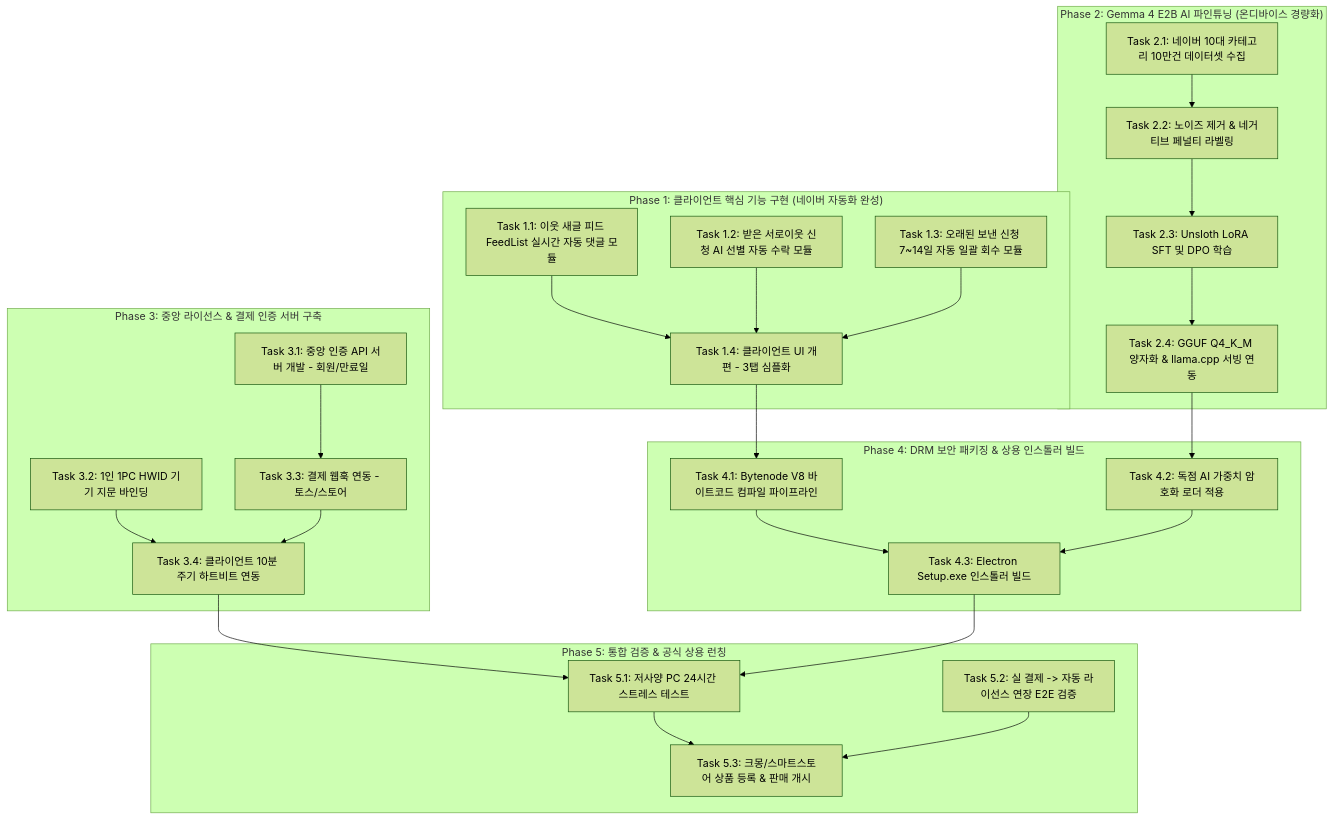
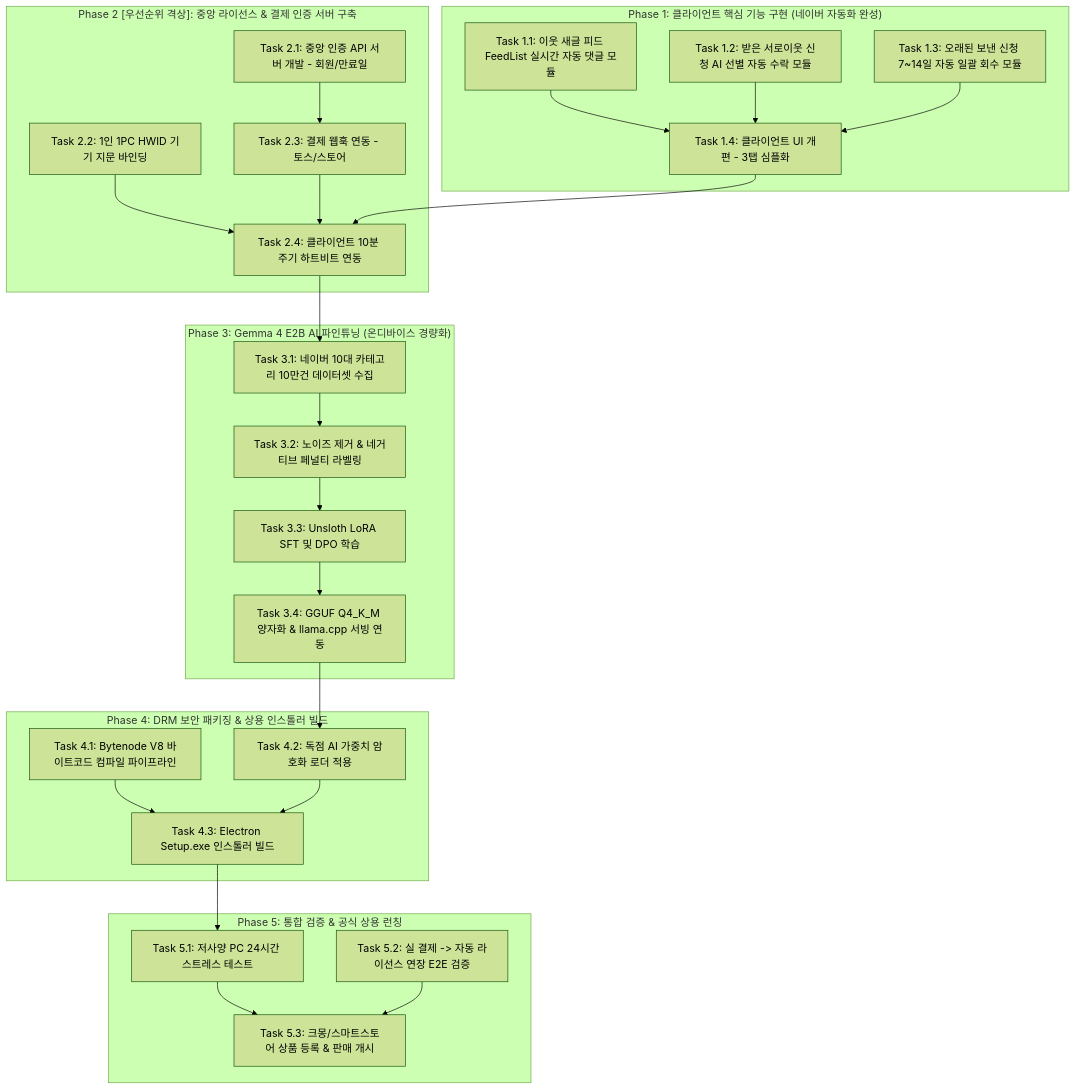
Before and after one commit to lmo0317/blog: the diagram in docs/TASK_MASTER_PLAN.md, drawn with Mermaid (forest theme). The commit also changed other lines of this file and 1 other file, not shown here.

Commit message:
refactor(docs): 중앙 인증 및 결제 서버(Phase 2)를 AI 학습(Phase 3)보다 우선순위 격상 반영

````diff
--- a/docs/TASK_MASTER_PLAN.md
+++ b/docs/TASK_MASTER_PLAN.md
@@ -14,35 +14,35 @@
 ```mermaid
 graph TD
     subgraph "Phase 1: 클라이언트 핵심 기능 구현 (네이버 자동화 완성)"
         T1_1[Task 1.1: 이웃 새글 피드 FeedList 실시간 자동 댓글 모듈] --> T1_4[Task 1.4: 클라이언트 UI 개편 - 3탭 심플화]
         T1_2[Task 1.2: 받은 서로이웃 신청 AI 선별 자동 수락 모듈] --> T1_4
         T1_3[Task 1.3: 오래된 보낸 신청 7~14일 자동 일괄 회수 모듈] --> T1_4
     end
 
-    subgraph "Phase 2: Gemma 4 E2B AI 파인튜닝 (온디바이스 경량화)"
-        T2_1[Task 2.1: 네이버 10대 카테고리 10만건 데이터셋 수집] --> T2_2[Task 2.2: 노이즈 제거 & 네거티브 페널티 라벨링]
-        T2_2 --> T2_3[Task 2.3: Unsloth LoRA SFT 및 DPO 학습]
-        T2_3 --> T2_4[Task 2.4: GGUF Q4_K_M 양자화 & llama.cpp 서빙 연동]
+    subgraph "Phase 2 [우선순위 격상]: 중앙 라이선스 & 결제 인증 서버 구축"
+        T2_1[Task 2.1: 중앙 인증 API 서버 개발 - 회원/만료일] --> T2_3[Task 2.3: 결제 웹훅 연동 - 토스/스토어]
+        T2_2[Task 2.2: 1인 1PC HWID 기기 지문 바인딩] --> T2_4[Task 2.4: 클라이언트 10분 주기 하트비트 연동]
+        T2_3 --> T2_4
     end
 
-    subgraph "Phase 3: 중앙 라이선스 & 결제 인증 서버 구축"
-        T3_1[Task 3.1: 중앙 인증 API 서버 개발 - 회원/만료일] --> T3_3[Task 3.3: 결제 웹훅 연동 - 토스/스토어]
-        T3_2[Task 3.2: 1인 1PC HWID 기기 지문 바인딩] --> T3_4[Task 3.4: 클라이언트 10분 주기 하트비트 연동]
-        T3_3 --> T3_4
+    subgraph "Phase 3: Gemma 4 E2B AI 파인튜닝 (온디바이스 경량화)"
+        T3_1[Task 3.1: 네이버 10대 카테고리 10만건 데이터셋 수집] --> T3_2[Task 3.2: 노이즈 제거 & 네거티브 페널티 라벨링]
+        T3_2 --> T3_3[Task 3.3: Unsloth LoRA SFT 및 DPO 학습]
+        T3_3 --> T3_4[Task 3.4: GGUF Q4_K_M 양자화 & llama.cpp 서빙 연동]
     end
 
     subgraph "Phase 4: DRM 보안 패키징 & 상용 인스톨러 빌드"
         T4_1[Task 4.1: Bytenode V8 바이트코드 컴파일 파이프라인] --> T4_3[Task 4.3: Electron Setup.exe 인스톨러 빌드]
         T4_2[Task 4.2: 독점 AI 가중치 암호화 로더 적용] --> T4_3
     end
 
     subgraph "Phase 5: 통합 검증 & 공식 상용 런칭"
         T5_1[Task 5.1: 저사양 PC 24시간 스트레스 테스트] --> T5_3[Task 5.3: 크몽/스마트스토어 상품 등록 & 판매 개시]
         T5_2[Task 5.2: 실 결제 -> 자동 라이선스 연장 E2E 검증] --> T5_3
     end
 
-    T1_4 --> T4_1
-    T2_4 --> T4_2
-    T3_4 --> T5_1
+    T1_4 --> T2_4
+    T2_4 --> T3_1
+    T3_4 --> T4_2
     T4_3 --> T5_1
 ```
````
